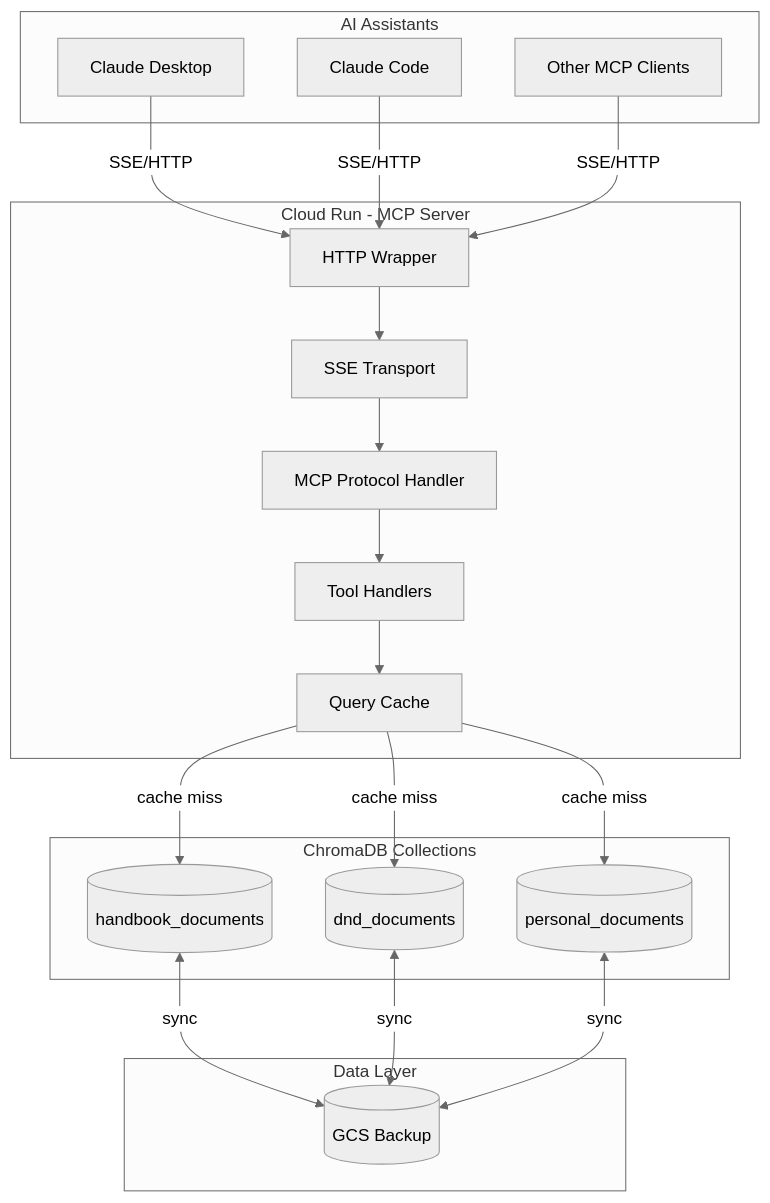
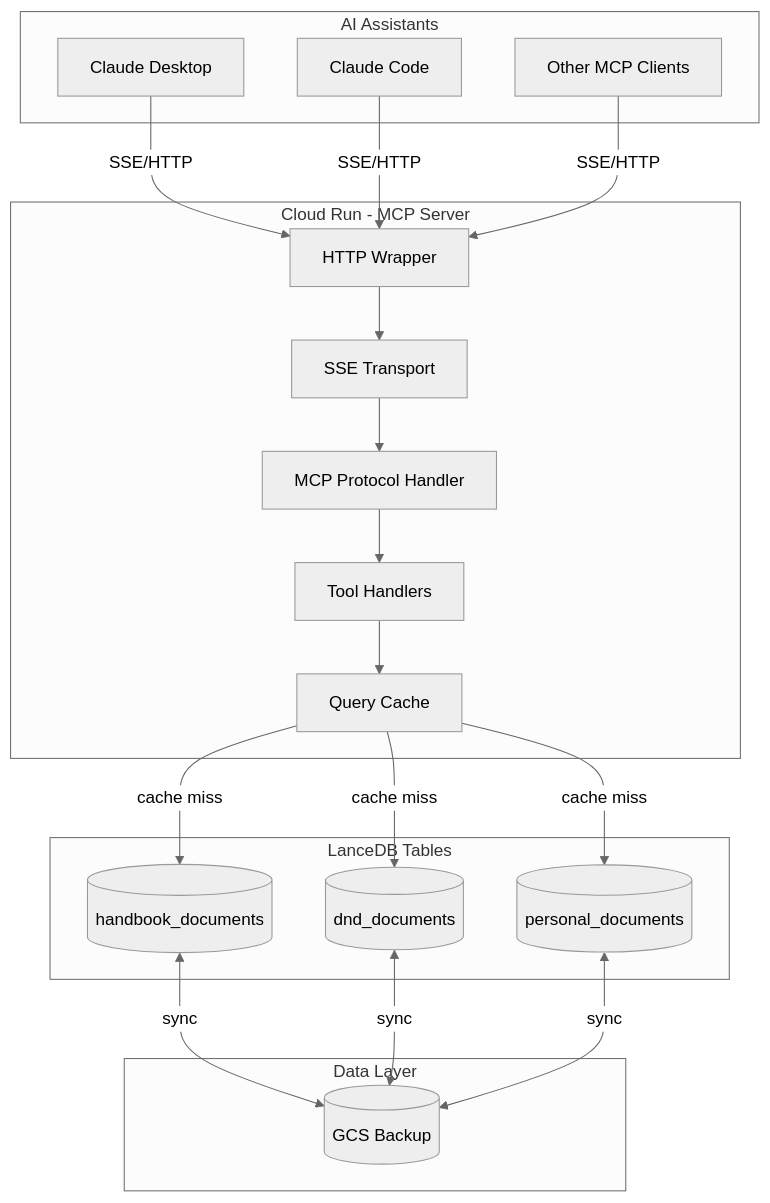
The first of 7 diagrams in docs/source/architecture/mcp-server.md (TheWinterShadow/Thoth), drawn with Mermaid (neutral theme) before and after one commit. The commit also changed other lines of this file and 38 other files, not shown here.

````diff
--- a/docs/source/architecture/mcp-server.md
+++ b/docs/source/architecture/mcp-server.md
@@ -15,34 +15,34 @@
 ```mermaid
 flowchart TB
     subgraph Clients["AI Assistants"]
         C1[Claude Desktop]
         C2[Claude Code]
         C3[Other MCP Clients]
     end
 
     subgraph CloudRun["Cloud Run - MCP Server"]
         HW[HTTP Wrapper]
         SSE[SSE Transport]
         MCP[MCP Protocol Handler]
         TH[Tool Handlers]
         CA[Query Cache]
     end
 
-    subgraph Collections["ChromaDB Collections"]
+    subgraph Collections["LanceDB Tables"]
         HB[(handbook_documents)]
         DND[(dnd_documents)]
         PER[(personal_documents)]
     end
 
     subgraph Storage["Data Layer"]
         GCS[(GCS Backup)]
     end
 
     C1 & C2 & C3 -->|SSE/HTTP| HW
     HW --> SSE
     SSE --> MCP
     MCP --> TH
     TH --> CA
     CA -->|cache miss| HB & DND & PER
     HB & DND & PER <-->|sync| GCS
 ```
````
